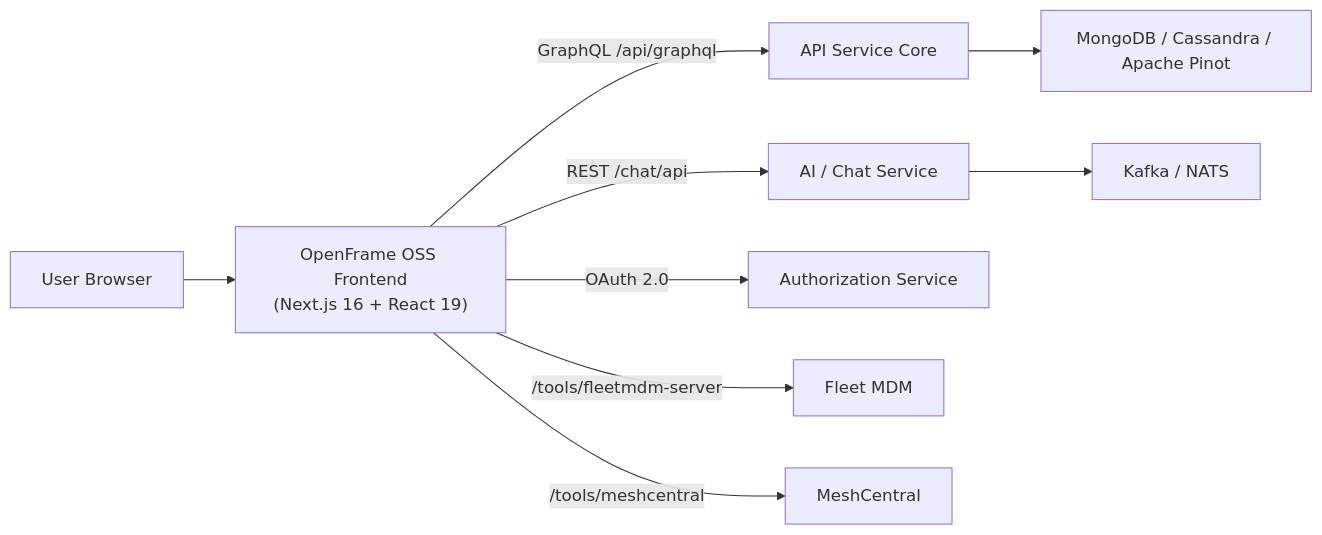
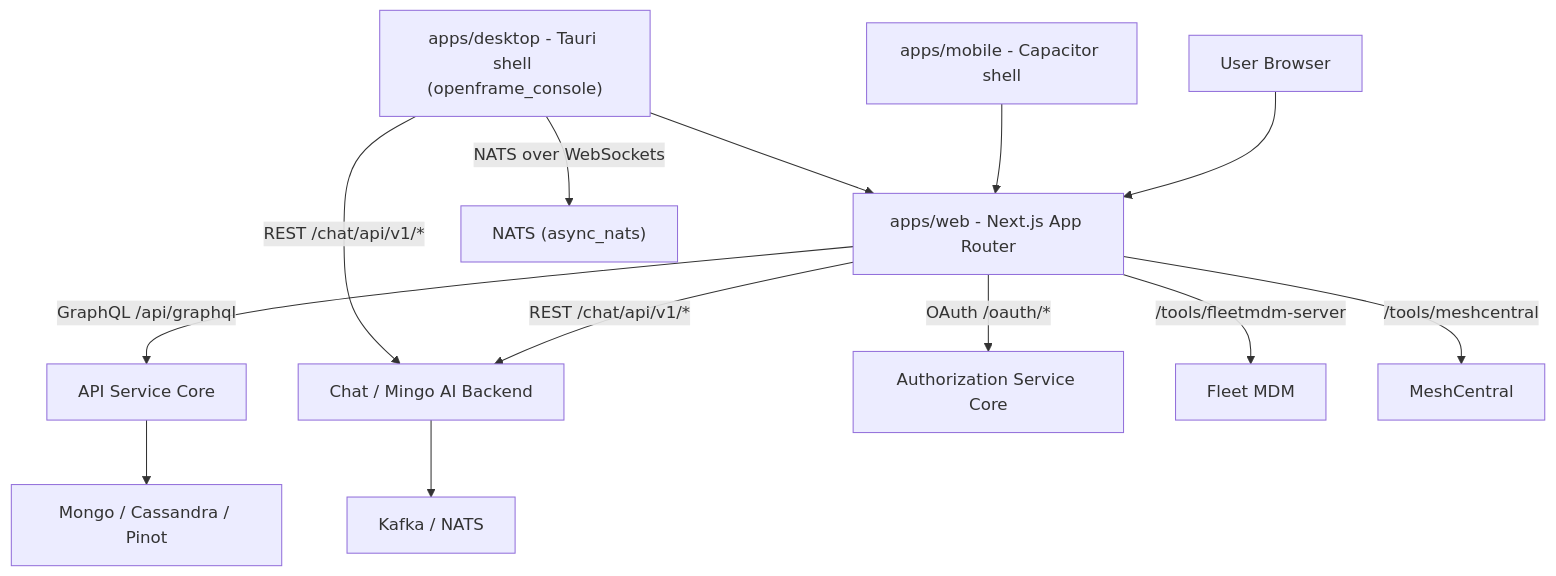
Before and after one commit to flamingo-stack/openframe-oss-frontend: the second of 3 diagrams in docs/development/architecture/README.md, drawn with Mermaid. The commit also changed other lines of this file and 13 other files, not shown here.

````diff
--- a/docs/development/architecture/README.md
+++ b/docs/development/architecture/README.md
@@ -11,13 +38,18 @@
 ```mermaid
-flowchart LR
-    Browser["User Browser"] --> Frontend["OpenFrame OSS Frontend\n(Next.js 16 + React 19)"]
+flowchart TD
+    Browser["User Browser"] --> WebApp["apps/web - Next.js App Router"]
+    MobileShell["apps/mobile - Capacitor shell"] --> WebApp
+    DesktopShell["apps/desktop - Tauri shell (openframe_console)"] --> WebApp
 
-    Frontend -->|"GraphQL /api/graphql"| ApiService["API Service Core"]
-    Frontend -->|"REST /chat/api"| ChatService["AI / Chat Service"]
-    Frontend -->|"OAuth 2.0"| AuthService["Authorization Service"]
-    Frontend -->|"/tools/fleetmdm-server"| Fleet["Fleet MDM"]
-    Frontend -->|"/tools/meshcentral"| Mesh["MeshCentral"]
+    WebApp -->|"GraphQL /api/graphql"| ApiServiceCore["API Service Core"]
+    WebApp -->|"REST /chat/api/v1/*"| ChatBackend["Chat / Mingo AI Backend"]
+    WebApp -->|"OAuth /oauth/*"| AuthServiceCore["Authorization Service Core"]
+    WebApp -->|"/tools/fleetmdm-server"| FleetMdm["Fleet MDM"]
+    WebApp -->|"/tools/meshcentral"| MeshCentral["MeshCentral"]
 
-    ApiService --> DB["MongoDB / Cassandra / Apache Pinot"]
-    ChatService --> Stream["Kafka / NATS"]
+    DesktopShell -->|"NATS over WebSockets"| NatsServer["NATS (async_nats)"]
+    DesktopShell -->|"REST /chat/api/v1/*"| ChatBackend
+
+    ApiServiceCore --> DataLayer["Mongo / Cassandra / Pinot"]
+    ChatBackend --> StreamLayer["Kafka / NATS"]
 ```
````
